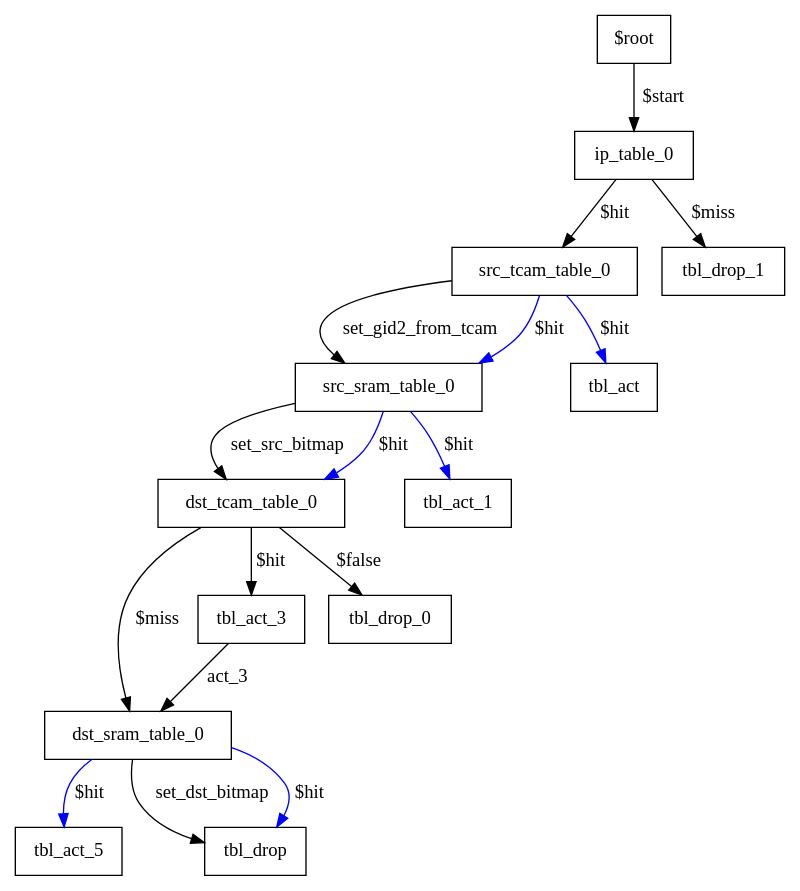
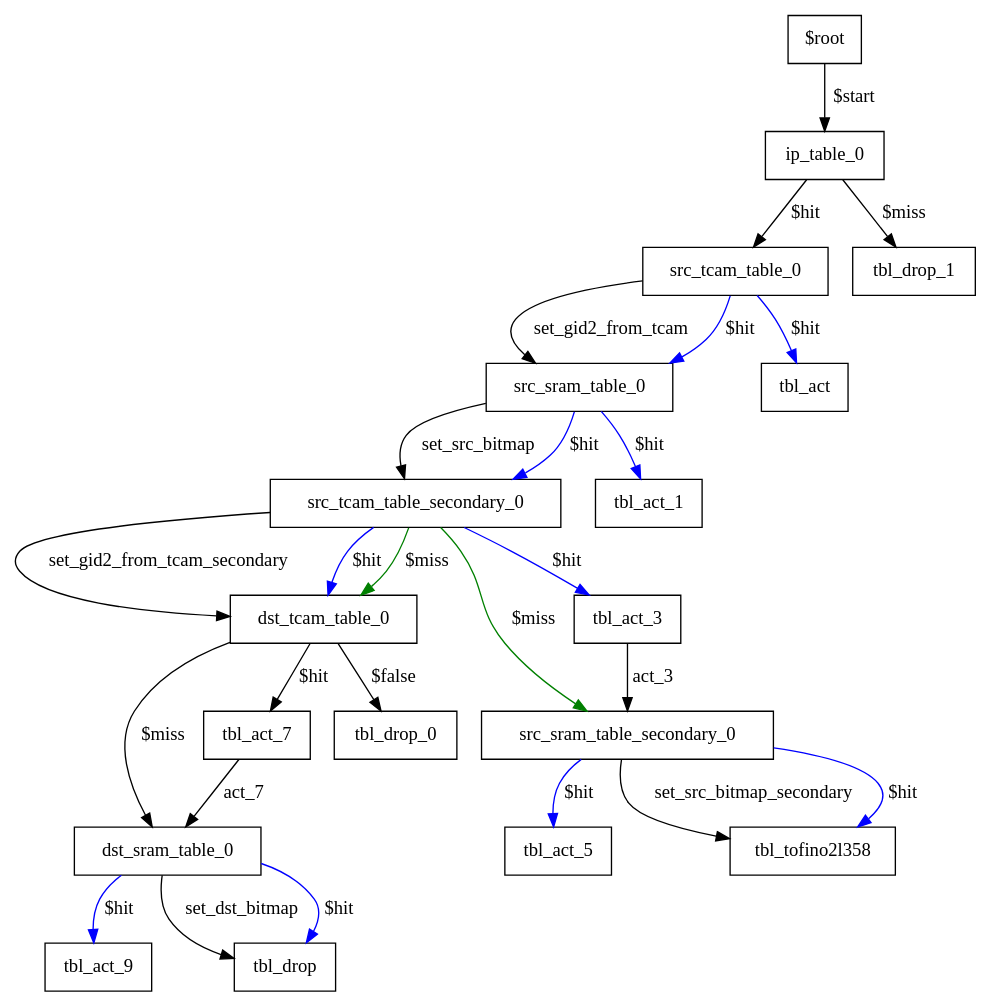
The diagram in target/tofino2/tofino2/pipe/graphs/ingress.power.dot (Moustachego/HyperLens), drawn with Graphviz before and after one commit. The commit also changed 53 other files, not shown here.

```diff
--- a/target/tofino2/tofino2/pipe/graphs/ingress.power.dot
+++ b/target/tofino2/tofino2/pipe/graphs/ingress.power.dot
@@ -1,31 +1,45 @@
 digraph ingress {
 0 [label="$root" shape=box color="black"];
-10 [label="dst_sram_table_0" shape=box color="black"];
-6 [label="dst_tcam_table_0" shape=box color="black"];
+15 [label="dst_sram_table_0" shape=box color="black"];
+8 [label="dst_tcam_table_0" shape=box color="black"];
 1 [label="ip_table_0" shape=box color="black"];
 4 [label="src_sram_table_0" shape=box color="black"];
+10 [label="src_sram_table_secondary_0" shape=box color="black"];
 2 [label="src_tcam_table_0" shape=box color="black"];
+6 [label="src_tcam_table_secondary_0" shape=box color="black"];
 5 [label="tbl_act" shape=box color="black"];
 7 [label="tbl_act_1" shape=box color="black"];
 9 [label="tbl_act_3" shape=box color="black"];
 12 [label="tbl_act_5" shape=box color="black"];
-11 [label="tbl_drop" shape=box color="black"];
-8 [label="tbl_drop_0" shape=box color="black"];
+14 [label="tbl_act_7" shape=box color="black"];
+17 [label="tbl_act_9" shape=box color="black"];
+16 [label="tbl_drop" shape=box color="black"];
+13 [label="tbl_drop_0" shape=box color="black"];
 3 [label="tbl_drop_1" shape=box color="black"];
+11 [label="tbl_tofino2l358" shape=box color="black"];
 0-> 1 [label="$start" color="black"];
-10-> 11 [label="set_dst_bitmap" color="black"];
-10-> 12 [label="$hit" color="blue"];
-10-> 11 [label="$hit" color="blue"];
-6-> 8 [label="$false" color="black"];
-6-> 9 [label="$hit" color="black"];
-6-> 10 [label="$miss" color="black"];
+15-> 16 [label="set_dst_bitmap" color="black"];
+15-> 17 [label="$hit" color="blue"];
+15-> 16 [label="$hit" color="blue"];
+8-> 13 [label="$false" color="black"];
+8-> 14 [label="$hit" color="black"];
+8-> 15 [label="$miss" color="black"];
 1-> 2 [label="$hit" color="black"];
 1-> 3 [label="$miss" color="black"];
 4-> 6 [label="set_src_bitmap" color="black"];
 4-> 7 [label="$hit" color="blue"];
 4-> 6 [label="$hit" color="blue"];
+10-> 11 [label="set_src_bitmap_secondary" color="black"];
+10-> 12 [label="$hit" color="blue"];
+10-> 11 [label="$hit" color="blue"];
 2-> 4 [label="set_gid2_from_tcam" color="black"];
 2-> 5 [label="$hit" color="blue"];
 2-> 4 [label="$hit" color="blue"];
+6-> 8 [label="set_gid2_from_tcam_secondary" color="black"];
+6-> 9 [label="$hit" color="blue"];
+6-> 8 [label="$hit" color="blue"];
+6-> 10 [label="$miss" color="green"];
+6-> 8 [label="$miss" color="green"];
 9-> 10 [label="act_3" color="black"];
+14-> 15 [label="act_7" color="black"];
 }
```
